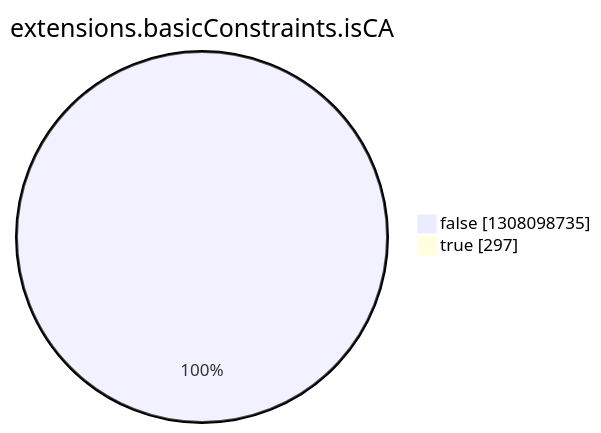
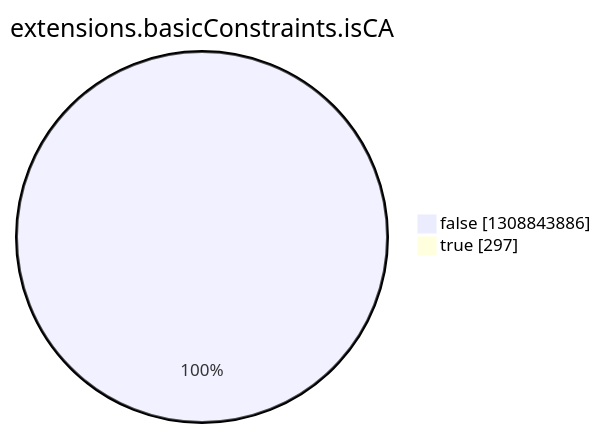
The eighth of 15 diagrams in argon2022/README.md (christiankrug/ctmonitor_visualization), drawn with Mermaid before and after one commit. The commit also changed other lines of this file, not shown here.

````diff
--- a/argon2022/README.md
+++ b/argon2022/README.md
@@ -2757,6 +2757,6 @@
 ```mermaid
 pie showData
 title extensions.basicConstraints.isCA
-"false" :1308098735
+"false" :1308843886
 "true" :297
 ```
````
